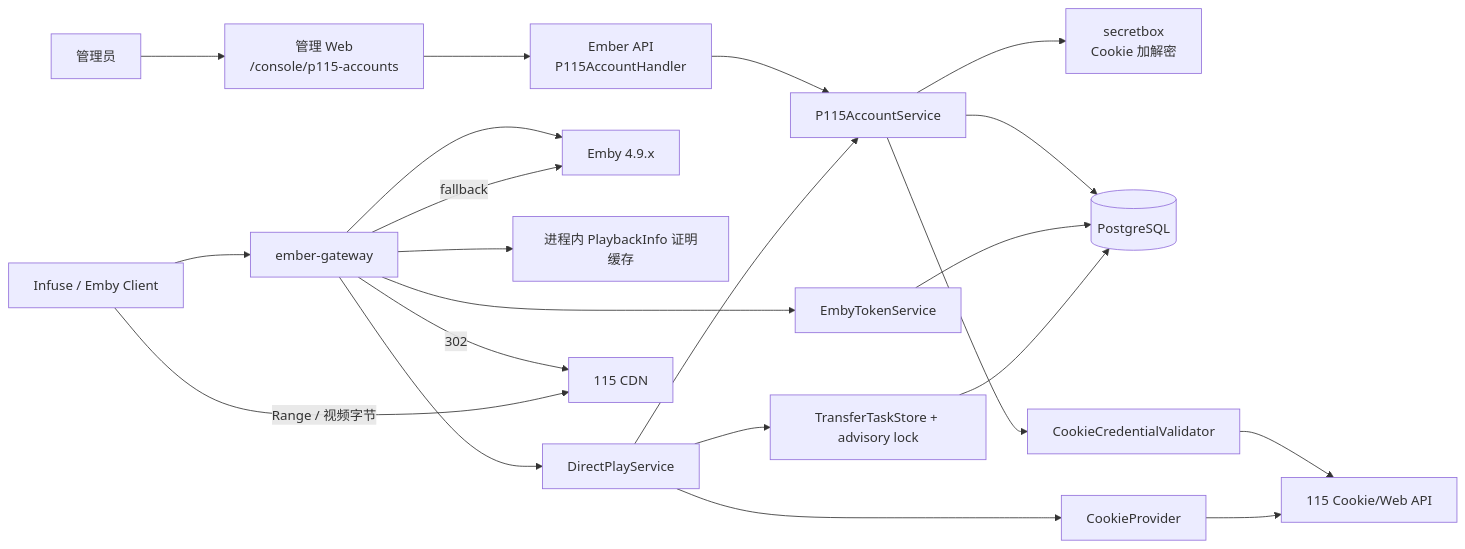
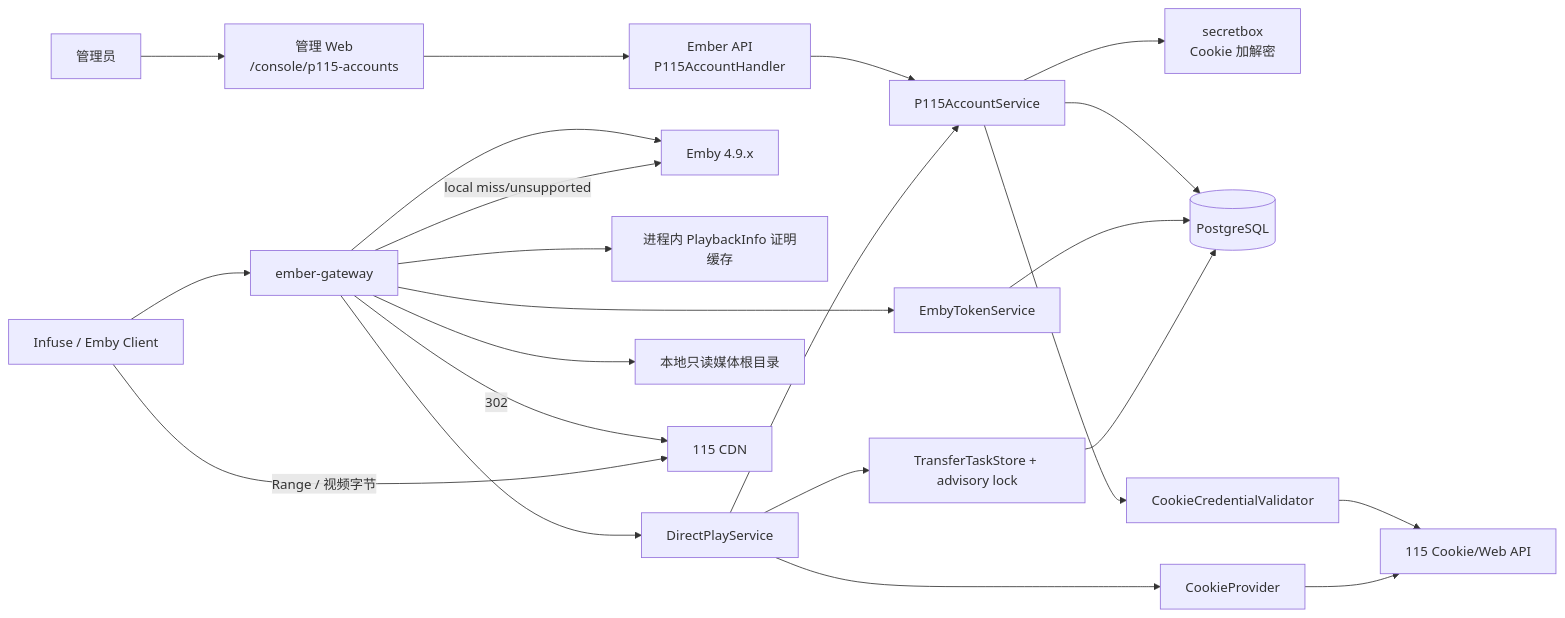
The first of 8 diagrams in docs/reference/p115-playback-end-to-end-flow.md (konghanghang/ember), drawn with Mermaid before and after one commit. The commit also changed other lines of this file and 30 other files, not shown here.

````diff
--- a/docs/reference/p115-playback-end-to-end-flow.md
+++ b/docs/reference/p115-playback-end-to-end-flow.md
@@ -53,25 +57,26 @@
 ```mermaid
 flowchart LR
     Admin[管理员] --> Web[管理 Web<br/>/console/p115-accounts]
     Web --> API[Ember API<br/>P115AccountHandler]
     API --> AccountService[P115AccountService]
     AccountService --> Secretbox[secretbox<br/>Cookie 加解密]
     AccountService --> PG[(PostgreSQL)]
     AccountService --> Validator[CookieCredentialValidator]
     Validator --> P115[115 Cookie/Web API]
 
     Client[Infuse / Emby Client] --> Gateway[ember-gateway]
     Gateway --> TokenService[EmbyTokenService]
     TokenService --> PG
     Gateway --> Emby[Emby 4.9.x]
     Gateway --> Proof[进程内 PlaybackInfo 证明缓存]
     Gateway --> DirectPlay[DirectPlayService]
+    Gateway --> Local[本地只读媒体根目录]
     DirectPlay --> AccountService
     DirectPlay --> TaskStore[TransferTaskStore + advisory lock]
     TaskStore --> PG
     DirectPlay --> Provider[CookieProvider]
     Provider --> P115
     Gateway -- 302 --> CDN[115 CDN]
     Client -- Range / 视频字节 --> CDN
-    Gateway -- fallback --> Emby
+    Gateway -- local miss/unsupported --> Emby
 ```
````
